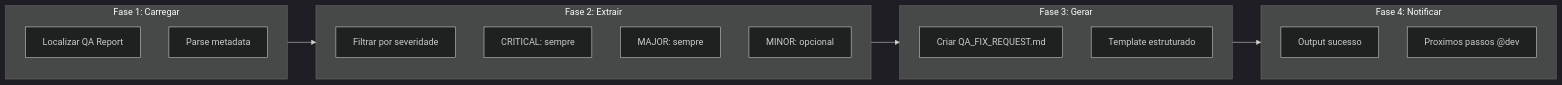
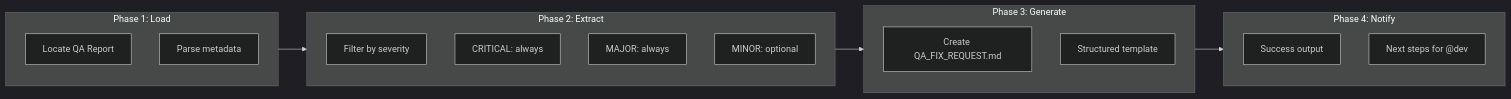
Before and after one commit to CyryxLabs/AEXOS: the seventh of 10 diagrams in docs/aexos-workflows/qa-loop-workflow.md, drawn with Mermaid (dark theme). The commit also changed other lines of this file and 528 other files, not shown here.

````diff
--- a/docs/aexos-workflows/qa-loop-workflow.md
+++ b/docs/aexos-workflows/qa-loop-workflow.md
@@ -545,26 +545,26 @@
 ```mermaid
 flowchart LR
-    subgraph LOAD["Fase 1: Carregar"]
-        L1["Localizar QA Report"]
+    subgraph LOAD["Phase 1: Load"]
+        L1["Locate QA Report"]
         L2["Parse metadata"]
     end
 
-    subgraph EXTRACT["Fase 2: Extrair"]
-        E1["Filtrar por severidade"]
-        E2["CRITICAL: sempre"]
-        E3["MAJOR: sempre"]
-        E4["MINOR: opcional"]
+    subgraph EXTRACT["Phase 2: Extract"]
+        E1["Filter by severity"]
+        E2["CRITICAL: always"]
+        E3["MAJOR: always"]
+        E4["MINOR: optional"]
     end
 
-    subgraph GENERATE["Fase 3: Gerar"]
-        G1["Criar QA_FIX_REQUEST.md"]
-        G2["Template estruturado"]
+    subgraph GENERATE["Phase 3: Generate"]
+        G1["Create QA_FIX_REQUEST.md"]
+        G2["Structured template"]
     end
 
-    subgraph NOTIFY["Fase 4: Notificar"]
-        N1["Output sucesso"]
-        N2["Proximos passos @dev"]
+    subgraph NOTIFY["Phase 4: Notify"]
+        N1["Success output"]
+        N2["Next steps for @dev"]
     end
 
     LOAD --> EXTRACT --> GENERATE --> NOTIFY
 ```
````
